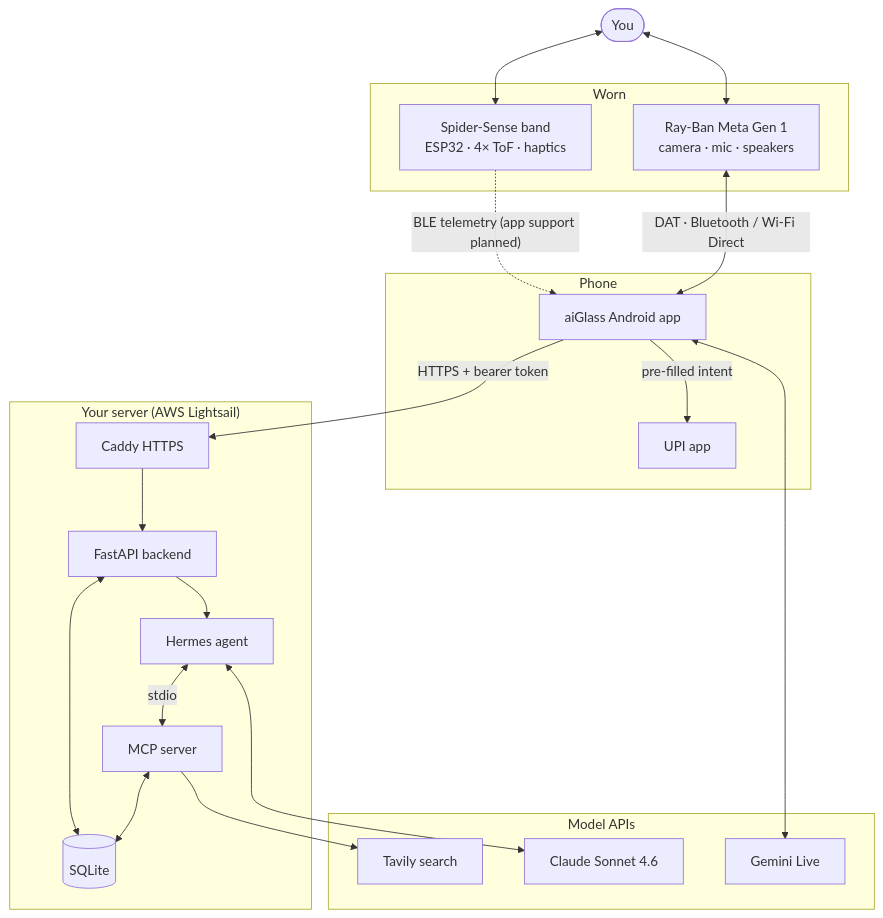
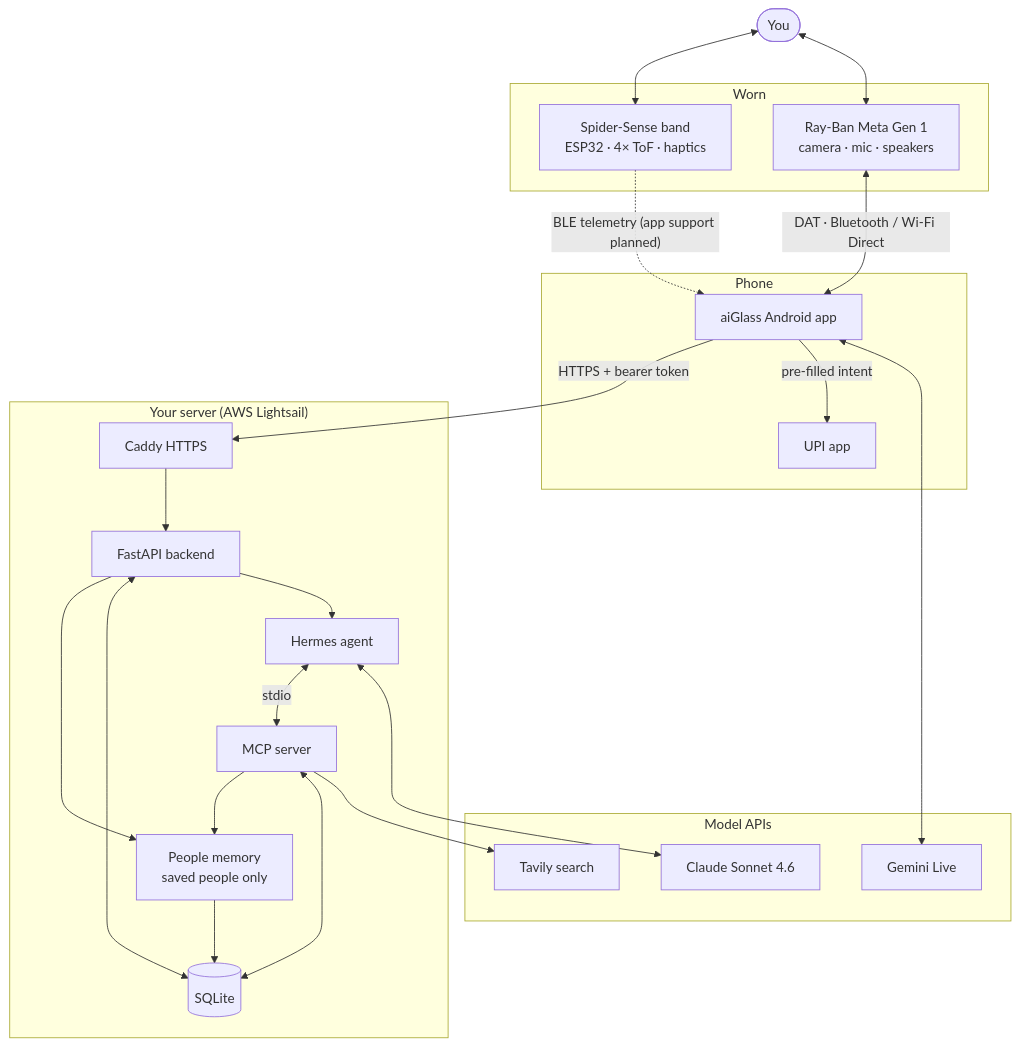
Before and after one commit to CTAGRAM/aiglass: the first of 2 diagrams in docs/ARCHITECTURE.md, drawn with Mermaid. The commit also changed other lines of this file and 71 other files, not shown here.

First line of the commit message:
People memory: remember saved people and recall who they are

````diff
--- a/docs/ARCHITECTURE.md
+++ b/docs/ARCHITECTURE.md
@@ -16,38 +17,42 @@
 ```mermaid
 flowchart TB
     U(["You"])
     subgraph Wear["Worn"]
         RB["Ray-Ban Meta Gen 1<br/>camera · mic · speakers"]
         SS["Spider-Sense band<br/>ESP32 · 4× ToF · haptics"]
     end
     subgraph Phone["Phone"]
         APP["aiGlass Android app"]
         UPIAPP["UPI app"]
     end
     subgraph Cloud["Model APIs"]
         GL["Gemini Live"]
         CL["Claude Sonnet 4.6"]
         TV["Tavily search"]
     end
     subgraph Server["Your server (AWS Lightsail)"]
         CADDY["Caddy HTTPS"]
         BE["FastAPI backend"]
         HE["Hermes agent"]
         MC["MCP server"]
+        PM["People memory<br/>saved people only"]
         DB[("SQLite")]
     end
 
     U <--> RB
     U <--> SS
     RB <-- "DAT · Bluetooth / Wi-Fi Direct" --> APP
     SS -. "BLE telemetry (app support planned)" .-> APP
     APP <--> GL
     APP -- "pre-filled intent" --> UPIAPP
     APP -- "HTTPS + bearer token" --> CADDY --> BE
     BE --> HE
     HE <--> CL
     HE <-- "stdio" --> MC
     MC --> TV
     MC <--> DB
     BE <--> DB
+    BE --> PM
+    MC --> PM
+    PM --> DB
 ```
````
